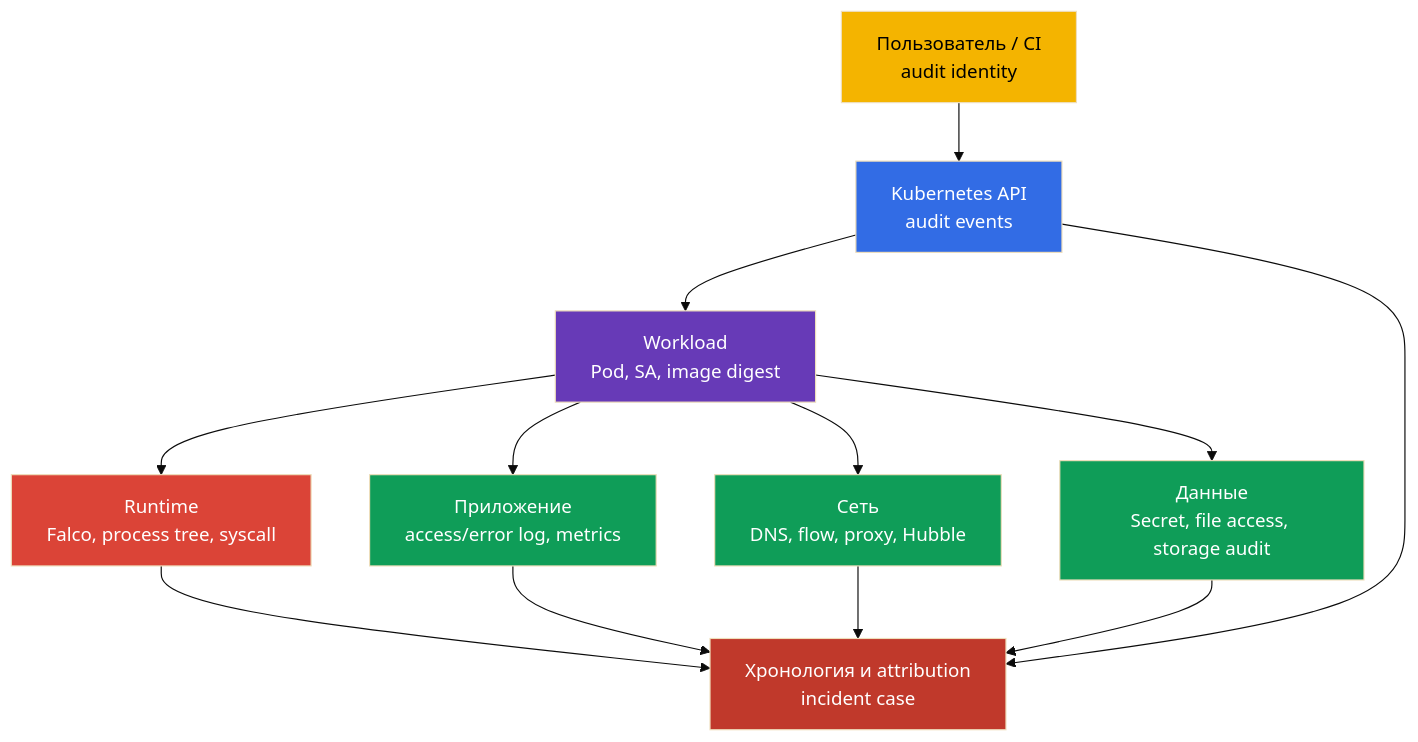
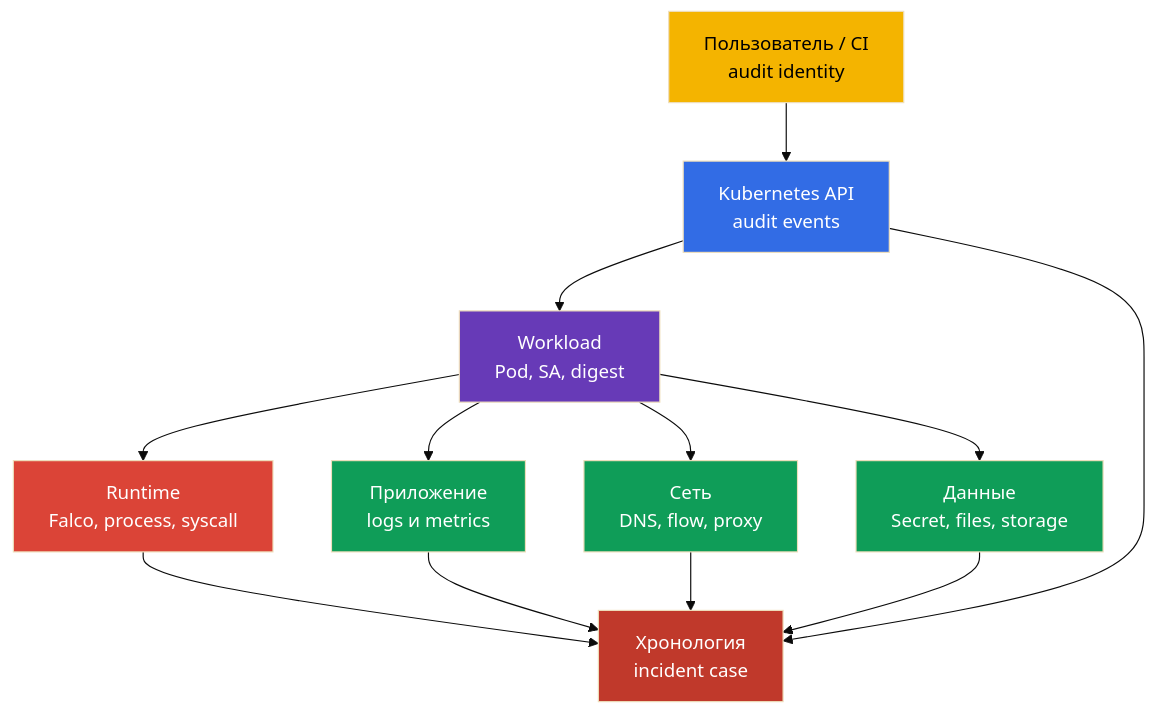
One commit to ViktorUJ/cks changed the first of 3 diagrams in tasks/cks/course/30/ru.md. Above: the diagram before and after it, drawn with Mermaid (base theme). The commit also changed other lines of this file and 19 other files, not shown here.

````diff
--- a/tasks/cks/course/30/ru.md
+++ b/tasks/cks/course/30/ru.md
@@ -21,22 +21,22 @@
 ```mermaid
 flowchart TB
     user["Пользователь / CI<br/>audit identity"] --> api["Kubernetes API<br/>audit events"]
-    api --> workload["Workload<br/>Pod, SA, image digest"]
-    workload --> runtime["Runtime<br/>Falco, process tree, syscall"]
-    workload --> app["Приложение<br/>access/error log, metrics"]
-    workload --> network["Сеть<br/>DNS, flow, proxy, Hubble"]
-    workload --> data["Данные<br/>Secret, file access, storage audit"]
-    runtime --> case["Хронология и attribution<br/>incident case"]
+    api --> workload["Workload<br/>Pod, SA, digest"]
+    workload --> runtime["Runtime<br/>Falco, process, syscall"]
+    workload --> app["Приложение<br/>logs и metrics"]
+    workload --> network["Сеть<br/>DNS, flow, proxy"]
+    workload --> data["Данные<br/>Secret, files, storage"]
+    runtime --> case["Хронология<br/>incident case"]
     app --> case
     network --> case
     data --> case
     api --> case
     style user fill:#f4b400,color:#000
     style api fill:#326ce5,color:#fff
     style workload fill:#673ab7,color:#fff
     style runtime fill:#db4437,color:#fff
     style app fill:#0f9d58,color:#fff
     style network fill:#0f9d58,color:#fff
     style data fill:#0f9d58,color:#fff
     style case fill:#c0392b,color:#fff
 ```
````
